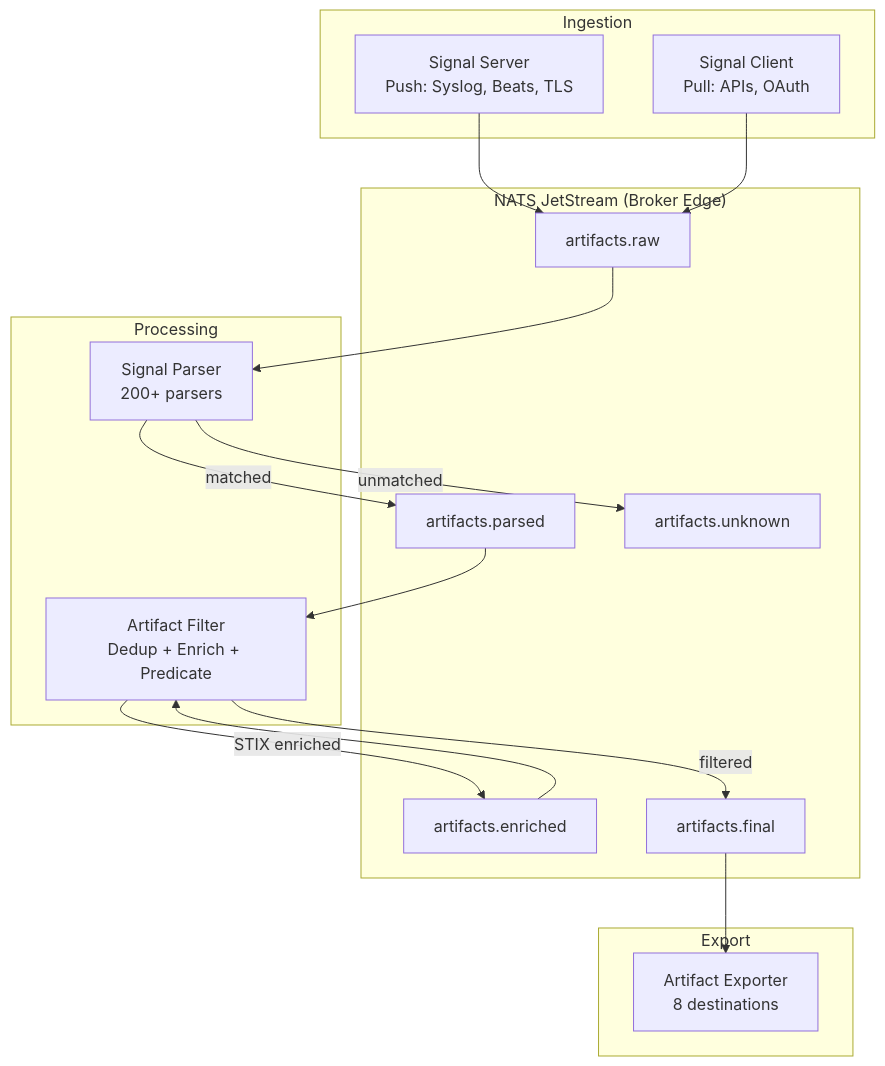
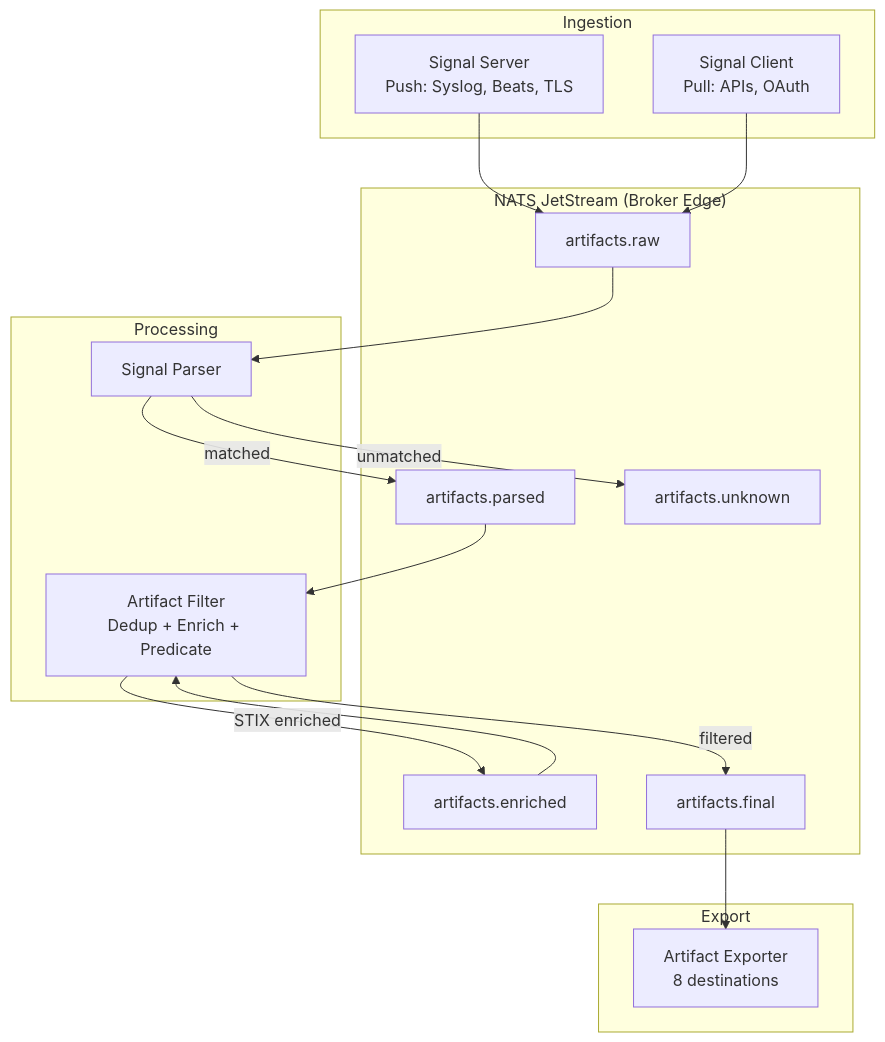
The diagram in docs/conductor/pipeline.md (witfoo/analytics-docs), drawn with Mermaid before and after one commit. The commit also changed other lines of this file and 8 other files, not shown here.

````diff
--- a/docs/conductor/pipeline.md
+++ b/docs/conductor/pipeline.md
@@ -7,35 +7,35 @@
 ```mermaid
 graph TD
     subgraph Ingestion
         SS[Signal Server<br/>Push: Syslog, Beats, TLS]
         SC[Signal Client<br/>Pull: APIs, OAuth]
     end
 
     subgraph "NATS JetStream (Broker Edge)"
         RAW["artifacts.raw"]
         PARSED["artifacts.parsed"]
         UNKNOWN["artifacts.unknown"]
         ENRICHED["artifacts.enriched"]
         FINAL["artifacts.final"]
     end
 
     subgraph Processing
-        SP[Signal Parser<br/>200+ parsers]
+        SP[Signal Parser]
         AF[Artifact Filter<br/>Dedup + Enrich + Predicate]
     end
 
     subgraph Export
         AE[Artifact Exporter<br/>8 destinations]
     end
 
     SS --> RAW
     SC --> RAW
     RAW --> SP
     SP -->|matched| PARSED
     SP -->|unmatched| UNKNOWN
     PARSED --> AF
     AF -->|STIX enriched| ENRICHED
     ENRICHED --> AF
     AF -->|filtered| FINAL
     FINAL --> AE
 ```
````
